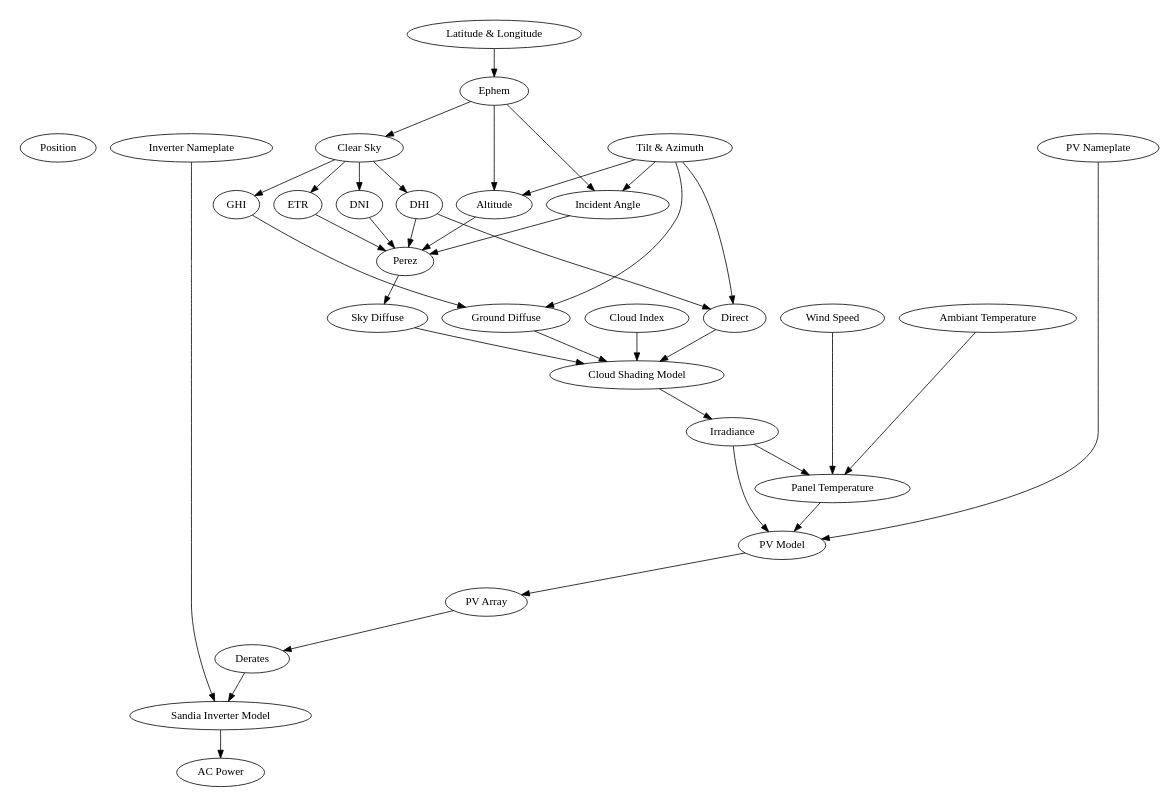
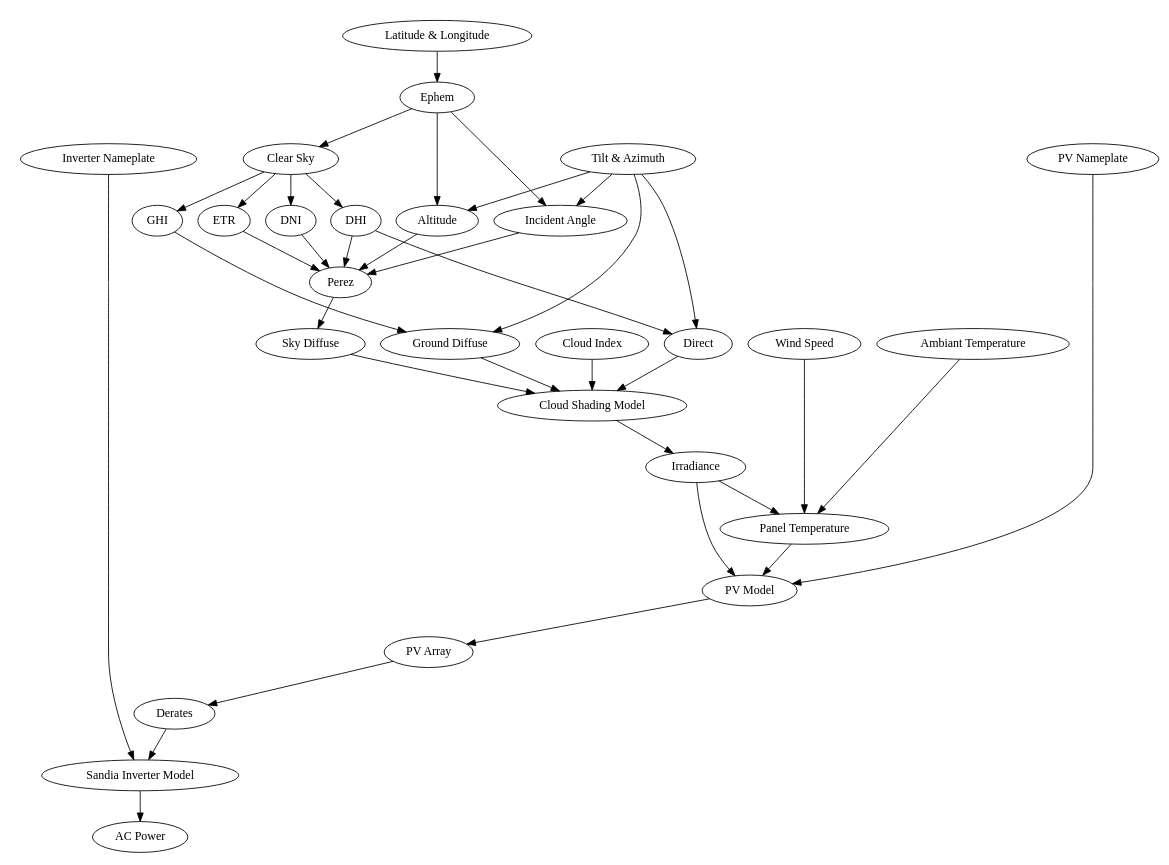
Before and after one commit to nrcharles/solpy: the diagram in docs/solpy.gv, drawn with Graphviz. The commit also changed 2 other files, not shown here.

```diff
--- a/docs/solpy.gv
+++ b/docs/solpy.gv
@@ -1,40 +1,40 @@
 digraph solpy {
 size="7,7";
-    {rank = same; Position "Tilt & Azimuth" "PV Nameplate" "Inverter Nameplate";}
+    {rank = same; "Tilt & Azimuth" "PV Nameplate" "Inverter Nameplate";}
     {rank = same; "Cloud Index" "Wind Speed" "Ambiant Temperature";}
     {rank = same; "Ground Diffuse" "Sky Diffuse" "Direct";}
     {rank = same; "GHI" "ETR" "DHI" "DNI";}
     "Latitude & Longitude" -> Ephem;
     "Ephem" -> "Clear Sky";
     "Ephem" -> "Altitude";
     "Ephem" -> "Incident Angle";
     "PV Nameplate" -> "PV Model";
     "Tilt & Azimuth" -> "Ground Diffuse";
     "Tilt & Azimuth" -> "Direct";
     "Tilt & Azimuth" -> "Incident Angle";
     "Tilt & Azimuth" -> "Altitude";
     "Incident Angle" -> "Perez";
     "Altitude" -> "Perez";
     "Clear Sky" -> {GHI; DNI; ETR; DHI;}
     "DNI" -> "Perez";
     "ETR" -> "Perez";
     "DHI" -> "Perez";
     "DHI" -> "Direct";
     "GHI" -> "Ground Diffuse";
     "Perez" -> "Sky Diffuse";
     "Sky Diffuse" -> "Cloud Shading Model";
     "Ground Diffuse" -> "Cloud Shading Model";
     "Direct" -> "Cloud Shading Model";
     "Cloud Index" -> "Cloud Shading Model";
     "Cloud Shading Model" -> "Irradiance";
     "Irradiance" -> "PV Model";
     "Ambiant Temperature" -> "Panel Temperature";
     "Wind Speed" -> "Panel Temperature";
     "Irradiance" -> "Panel Temperature";
     "Panel Temperature" -> "PV Model";
     "PV Model" -> "PV Array";
     "PV Array" -> "Derates";
     "Derates" -> "Sandia Inverter Model";
     "Inverter Nameplate" -> "Sandia Inverter Model";
     "Sandia Inverter Model" -> "AC Power";
 }
```
